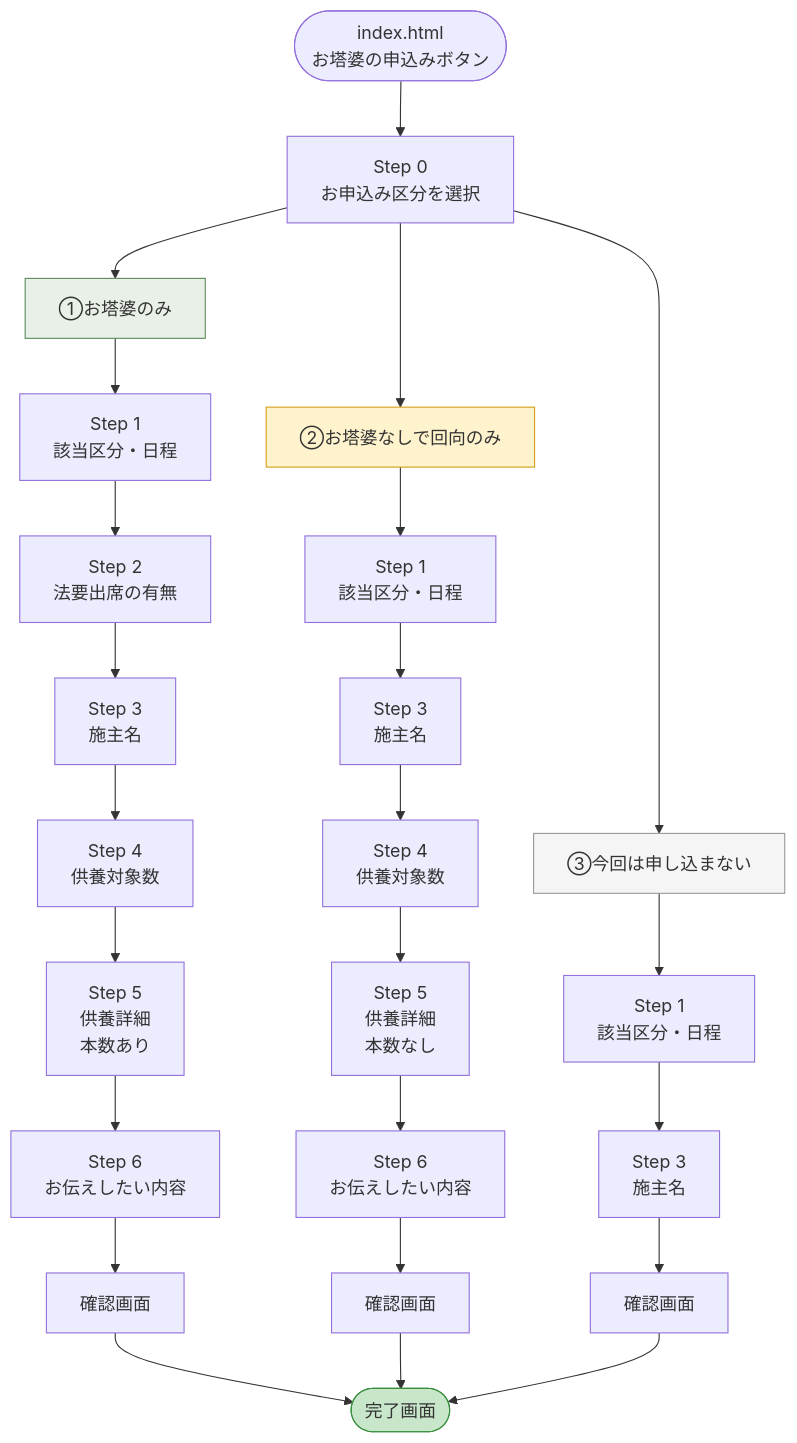
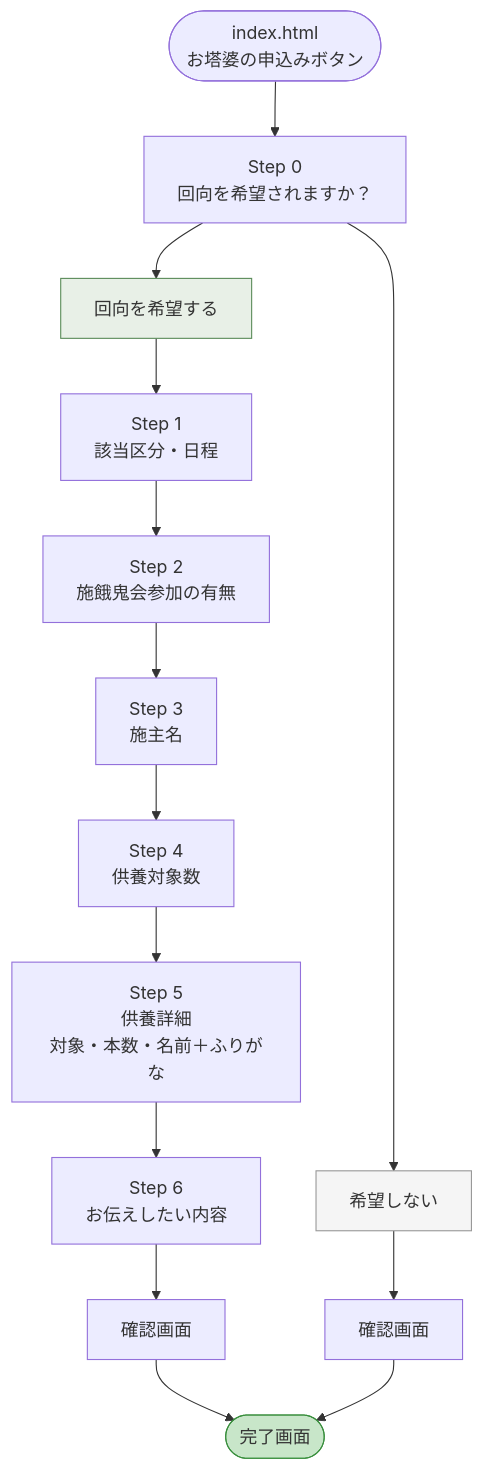
One commit to haz-syuu-go/Syuu-go-line-pages changed the second of 2 diagrams in shoraku-ji/flow-map.md. Above: the diagram before and after it, drawn with Mermaid. The commit also changed other lines of this file and 1 other file, not shown here.

````diff
--- a/shoraku-ji/flow-map.md
+++ b/shoraku-ji/flow-map.md
@@ -120,36 +92,24 @@
 ```mermaid
 flowchart TD
-    Start([index.html<br/>お塔婆の申込みボタン]) --> Step0[Step 0<br/>お申込み区分を選択]
+    Start([index.html<br/>お塔婆の申込みボタン]) --> Step0[Step 0<br/>回向を希望されますか？]
 
-    Step0 --> Toba[①お塔婆のみ]
-    Step0 --> Eko[②お塔婆なしで回向のみ]
-    Step0 --> None[③今回は申し込まない]
+    Step0 --> Yes[回向を希望する]
+    Step0 --> No[希望しない]
 
-    Toba --> S1T[Step 1<br/>該当区分・日程]
-    S1T --> S2T[Step 2<br/>法要出席の有無]
-    S2T --> S3T[Step 3<br/>施主名]
-    S3T --> S4T[Step 4<br/>供養対象数]
-    S4T --> S5T[Step 5<br/>供養詳細<br/>本数あり]
-    S5T --> S6T[Step 6<br/>お伝えしたい内容]
-    S6T --> ConfirmT[確認画面]
+    Yes --> S1[Step 1<br/>該当区分・日程]
+    S1 --> S2[Step 2<br/>施餓鬼会参加の有無]
+    S2 --> S3[Step 3<br/>施主名]
+    S3 --> S4[Step 4<br/>供養対象数]
+    S4 --> S5[Step 5<br/>供養詳細<br/>対象・本数・名前＋ふりがな]
+    S5 --> S6[Step 6<br/>お伝えしたい内容]
+    S6 --> ConfirmY[確認画面]
 
-    Eko --> S1E[Step 1<br/>該当区分・日程]
-    S1E --> S3E[Step 3<br/>施主名]
-    S3E --> S4E[Step 4<br/>供養対象数]
-    S4E --> S5E[Step 5<br/>供養詳細<br/>本数なし]
-    S5E --> S6E[Step 6<br/>お伝えしたい内容]
-    S6E --> ConfirmE[確認画面]
+    No --> ConfirmN[確認画面]
 
-    None --> S1N[Step 1<br/>該当区分・日程]
-    S1N --> S3N[Step 3<br/>施主名]
-    S3N --> ConfirmN[確認画面]
-
-    ConfirmT --> Complete([完了画面])
-    ConfirmE --> Complete
+    ConfirmY --> Complete([完了画面])
     ConfirmN --> Complete
 
-    style Toba fill:#E8F0E7,stroke:#5B8C5A
-    style Eko fill:#FFF3CD,stroke:#D4A017
-    style None fill:#F5F5F5,stroke:#999
+    style Yes fill:#E8F0E7,stroke:#5B8C5A
+    style No fill:#F5F5F5,stroke:#999
     style Complete fill:#C8E6C9,stroke:#388E3C
 ```
````
